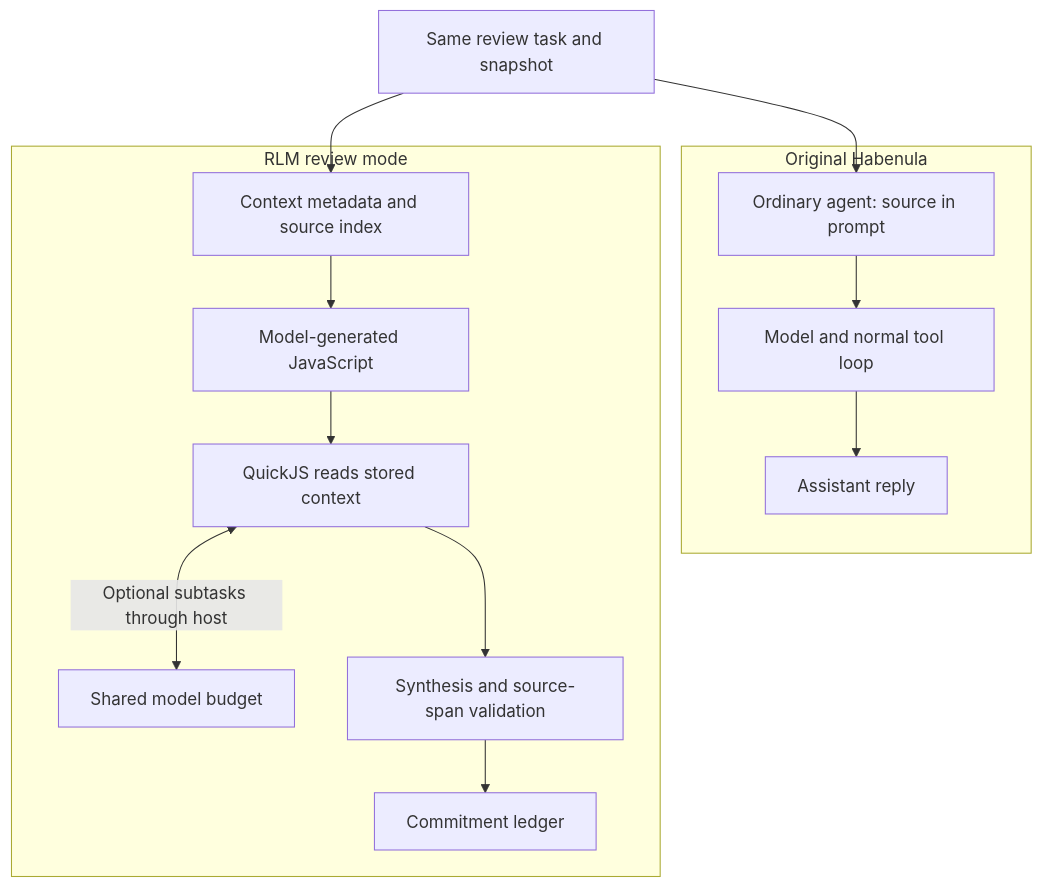
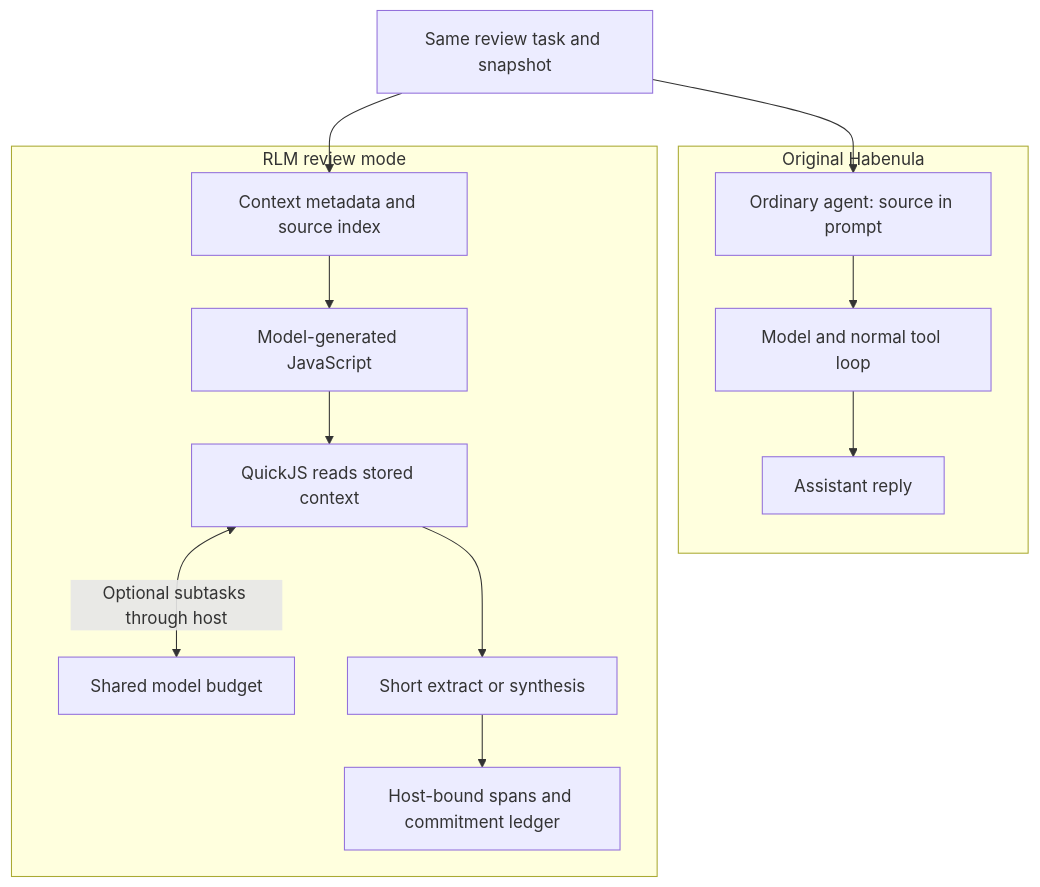
Before and after one commit to ethaenall/commitment-workbench: the diagram in README.md, drawn with Mermaid. The commit also changed other lines of this file and 13 other files, not shown here.

First line of the commit message:
Add host-ledger tests and intern-facing recovery notes.

````diff
--- a/README.md
+++ b/README.md
@@ -16,17 +26,17 @@
 ```mermaid
 flowchart TB
     P[Same review task and snapshot]
     subgraph Original[Original Habenula]
         O1[Ordinary agent: source in prompt] --> O2[Model and normal tool loop]
         O2 --> O3[Assistant reply]
     end
     subgraph RLM[RLM review mode]
         R1[Context metadata and source index] --> R2[Model-generated JavaScript]
         R2 --> R3[QuickJS reads stored context]
         R3 <-->|Optional subtasks through host| R4[Shared model budget]
-        R3 --> R5[Synthesis and source-span validation]
-        R5 --> R6[Commitment ledger]
+        R3 --> R5[Short extract or synthesis]
+        R5 --> R6[Host-bound spans and commitment ledger]
     end
     P --> O1
     P --> R1
 ```
````
